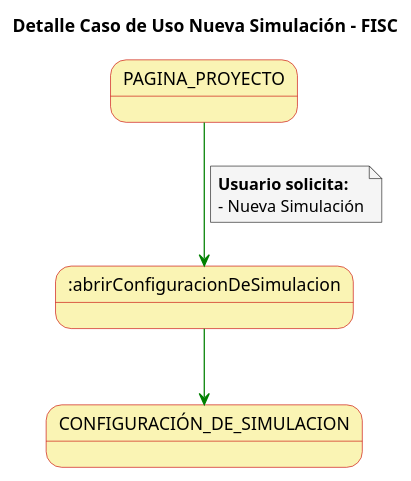
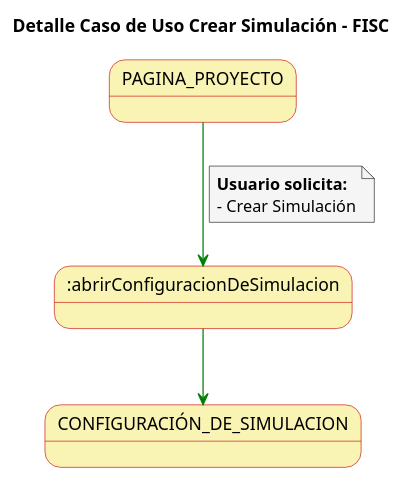
Before and after one commit to mmasias/23-24-IdSw1-SDR: the diagram in casosDeUso/detallesCasosUso/detalleCasoUsoNuevaSimulacion.puml, drawn with PlantUML. The commit also changed 8 other files, not shown here.

```diff
--- a/casosDeUso/detallesCasosUso/detalleCasoUsoNuevaSimulacion.puml
+++ b/casosDeUso/detallesCasosUso/detalleCasoUsoNuevaSimulacion.puml
@@ -1,25 +1,25 @@
 @startuml
 
 skinparam state {
   BackgroundColor #faf4b4
   BorderColor #c90000
 }
 
 skinparam note {
   BackgroundColor #f5f5f5
 }
 
 skinparam linetype polyline
 
-title Detalle Caso de Uso Nueva Simulación - FISC
+title Detalle Caso de Uso Crear Simulación - FISC
 
 
 PAGINA_PROYECTO-[#green]-> :abrirConfiguracionDeSimulacion
 note on link
   **Usuario solicita:**
-  - Nueva Simulación
+  - Crear Simulación
 end note
 
 :abrirConfiguracionDeSimulacion -[#green]-> CONFIGURACIÓN_DE_SIMULACION
 
 @enduml
```
